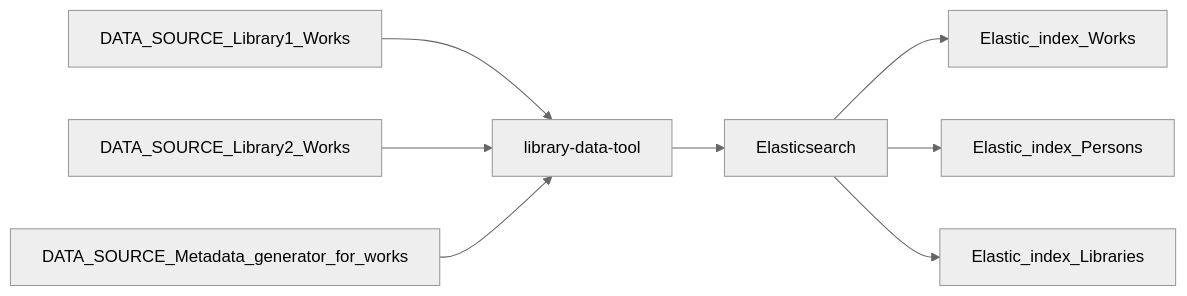
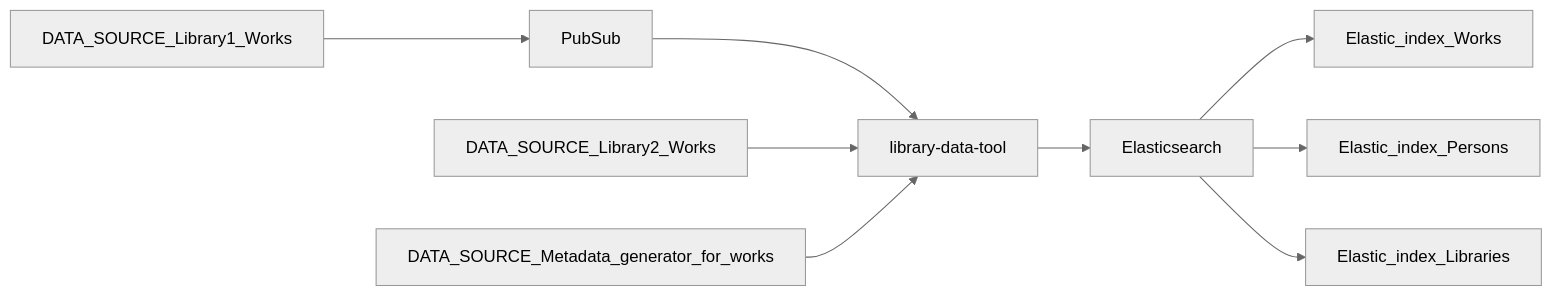
Before and after one commit to purplebugs/library-data-tool: the diagram in README.md, drawn with Mermaid (neutral theme).

Commit message:
Add PubSub to diagram

````diff
--- a/README.md
+++ b/README.md
@@ -14,10 +14,11 @@
 ```mermaid
 graph LR;
-    DATA_SOURCE_Library1_Works-->library-data-tool;
+    DATA_SOURCE_Library1_Works-->PubSub;
+    PubSub-->library-data-tool;
     DATA_SOURCE_Library2_Works-->library-data-tool;
     DATA_SOURCE_Metadata_generator_for_works-->library-data-tool;
     library-data-tool-->Elasticsearch;
     Elasticsearch-->Elastic_index_Works;
     Elasticsearch-->Elastic_index_Persons;
     Elasticsearch-->Elastic_index_Libraries;
 ```
````
